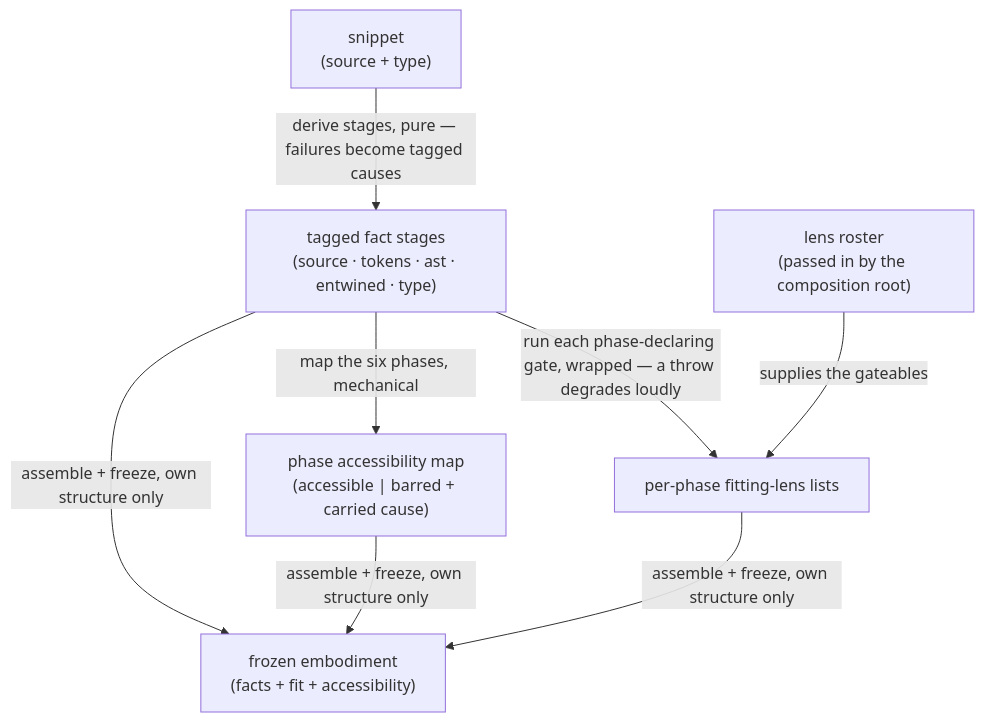
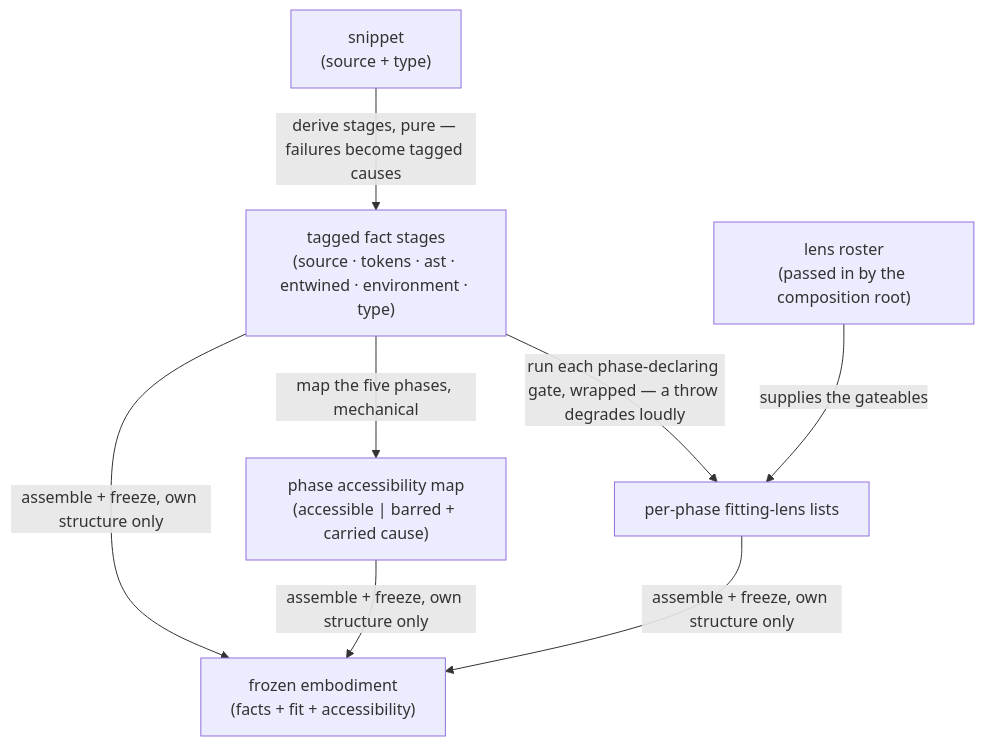
One commit to codeschoolinabox/curricula changed the diagram in src/lib/study-lenses/embody/DOCS.md. Above: the diagram before and after it, drawn with Mermaid. The commit also changed other lines of this file and 6 other files, not shown here.

First line of the commit message:
docs: amend the embody lifecycle to five phases and add the environment fact stage

````diff
--- a/src/lib/study-lenses/embody/DOCS.md
+++ b/src/lib/study-lenses/embody/DOCS.md
@@ -45,16 +47,16 @@
 ```mermaid
 flowchart TD
     SNP["snippet<br/>(source + type)"]
     ROS["lens roster<br/>(passed in by the composition root)"]
-    FCT["tagged fact stages<br/>(source · tokens · ast · entwined · type)"]
+    FCT["tagged fact stages<br/>(source · tokens · ast · entwined · environment · type)"]
     ACC["phase accessibility map<br/>(accessible | barred + carried cause)"]
     FIT["per-phase fitting-lens lists"]
     EMB["frozen embodiment<br/>(facts + fit + accessibility)"]
     SNP -->|"derive stages, pure — failures become tagged causes"| FCT
-    FCT -->|"map the six phases, mechanical"| ACC
+    FCT -->|"map the five phases, mechanical"| ACC
     FCT -->|"run each phase-declaring gate, wrapped — a throw degrades loudly"| FIT
     ROS -->|"supplies the gateables"| FIT
     FCT -->|"assemble + freeze, own structure only"| EMB
     ACC -->|"assemble + freeze, own structure only"| EMB
     FIT -->|"assemble + freeze, own structure only"| EMB
 ```
````
